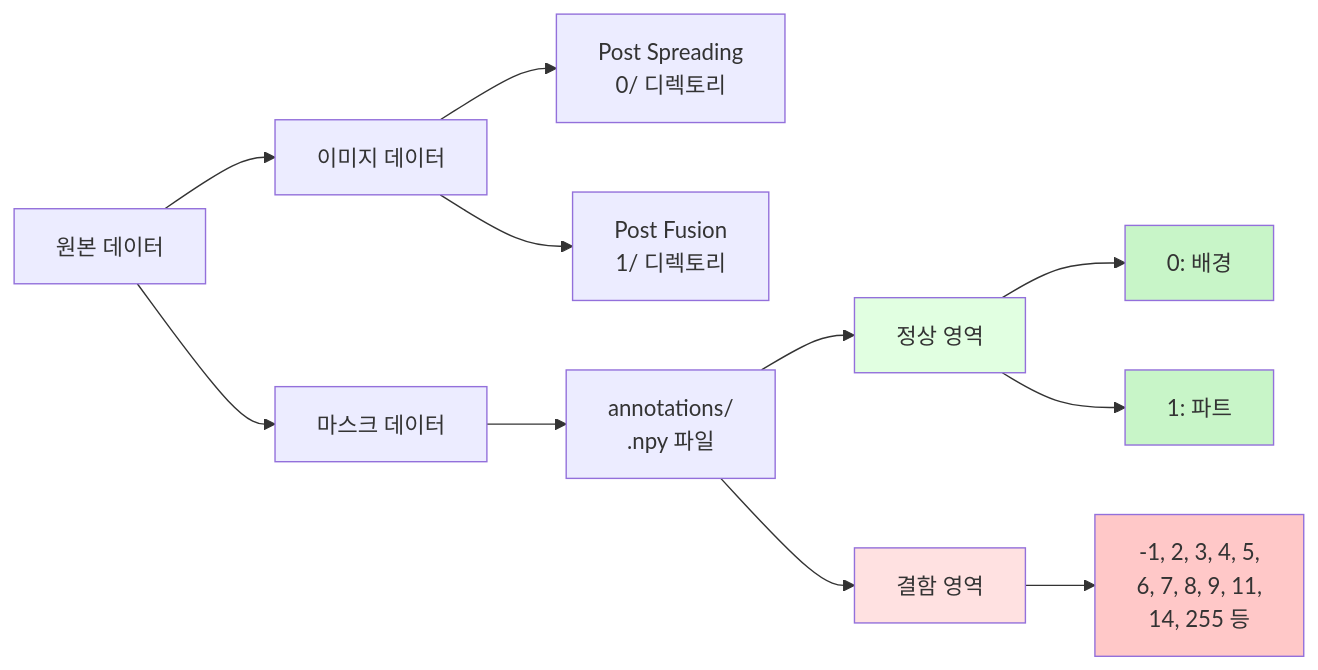
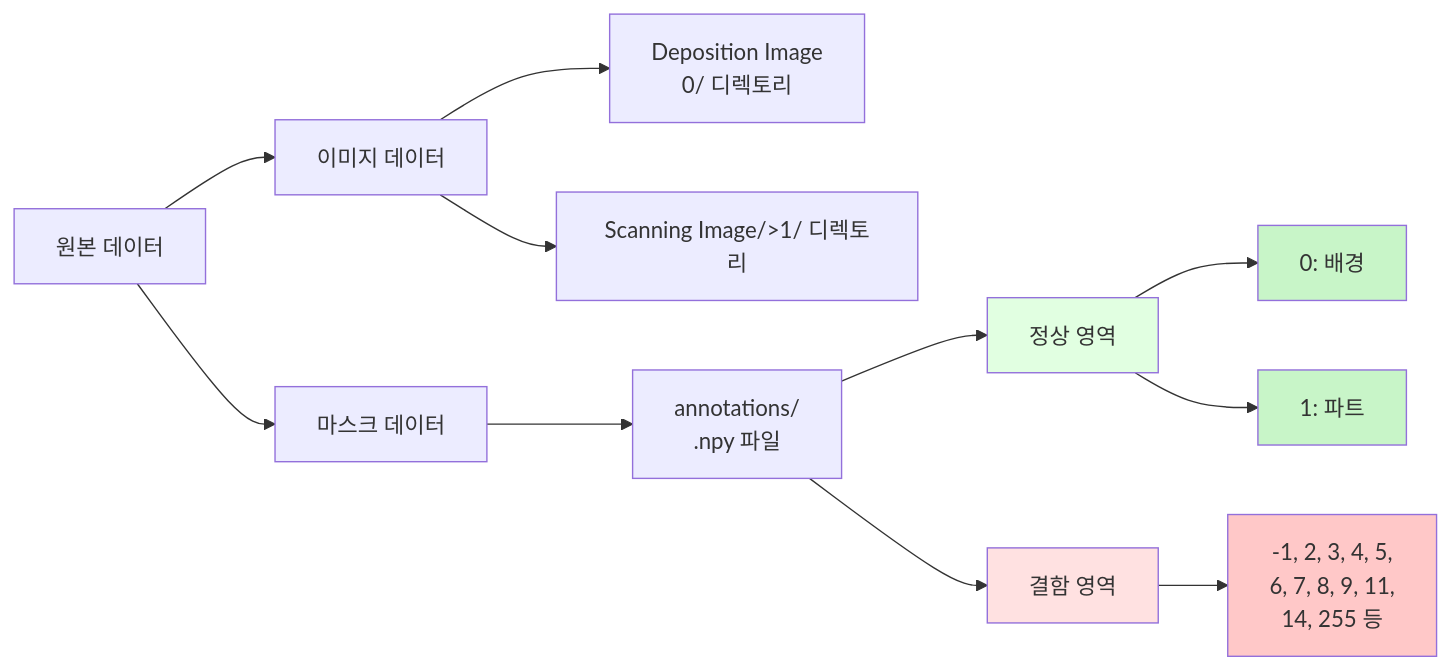
The second of 3 diagrams in README.md (20211938/IoT_FL_AM), drawn with Mermaid before and after one commit.

Commit message:
텍스트 수정

````diff
--- a/README.md
+++ b/README.md
@@ -79,24 +79,24 @@
 ```mermaid
 graph LR
     A[원본 데이터] --> B[이미지 데이터]
     A --> C[마스크 데이터]
     
-    B --> D[Post Spreading<br/>0/ 디렉토리]
-    B --> E[Post Fusion<br/>1/ 디렉토리]
+    B --> D[Deposition Image<br/>0/ 디렉토리]
+    B --> E[Scanning Image/>1/ 디렉토리]
     
     C --> F[annotations/<br/>.npy 파일]
     
     F --> G[정상 영역]
     F --> H[결함 영역]
     
     G --> G1[0: 배경]
     G --> G2[1: 파트]
     
     H --> H1[-1, 2, 3, 4, 5,<br/>6, 7, 8, 9, 11,<br/>14, 255 등]
     
     style G fill:#e1ffe1
     style H fill:#ffe1e1
     style G1 fill:#c8f5c8
     style G2 fill:#c8f5c8
     style H1 fill:#ffc8c8
 ```
````
